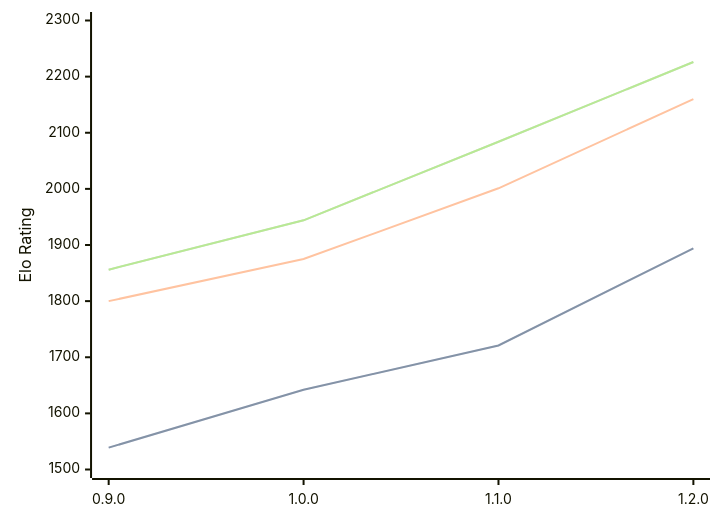
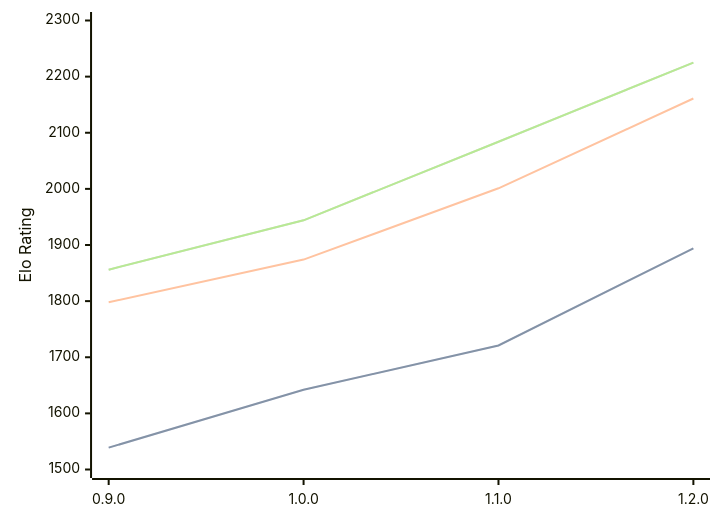
One commit to computer-chess-index/cci changed the diagram in engines/Ratsu.md. Above: the diagram before and after it, drawn with Mermaid. The commit also changed other lines of this file, not shown here.

Commit message:
Update CCI Ratings (ELO VLTC) - 2026-06-12

````diff
--- a/engines/Ratsu.md
+++ b/engines/Ratsu.md
@@ -35,11 +35,11 @@
 ```mermaid
 %%{init: {"theme":"base","themeVariables":{"seriesColors:['#a3a3a3','#222221','#faa371']}}}%%
 xychart-beta
   x-axis ["0.9.0", "1.0.0", "1.1.0", "1.2.0"]
   y-axis "Elo Rating" 1500 --> 2300
   line "STC (8.0+0.08s)" [1539, 1642, 1721, 1894]
   line "STC (8.0+0.08s)" [1539, 1642, 1721, 1894]
-  line "LTC (60.0+0.60s)" [1800, 1875, 2001, 2160]
-  line "VLTC (2m24s+1.12s)" [1856, 1944, 2084, 2226]
-  line "VLTC (2m24s+1.12s)" [1856, 1944, 2084, 2226]
+  line "LTC (60.0+0.60s)" [1798, 1874, 2001, 2161]
+  line "VLTC (2m24s+1.12s)" [1856, 1944, 2084, 2225]
+  line "VLTC (2m24s+1.12s)" [1856, 1944, 2084, 2225]
 ```
````
